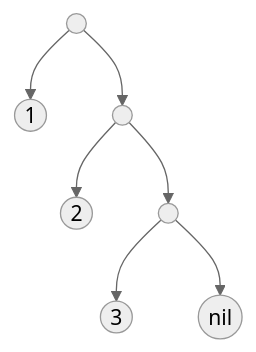
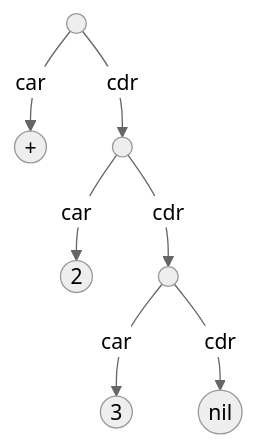
The diagram in src/ch02-01-sexpr.md (strtok/marwood-book), drawn with Mermaid (neutral theme) before and after one commit. The commit also changed other lines of this file, not shown here.

Commit message:
change some text

````diff
--- a/src/ch02-01-sexpr.md
+++ b/src/ch02-01-sexpr.md
@@ -18,9 +18,9 @@
 ```mermaid
 flowchart TD
-    A(( )) --> 1((1))
-    A --> B(( ))
-    B --> 2((2))
-    B --> C(( ))
-    C --> 3((3))
-    C --> nil((nil))
+    A(( )) -->|car| +((+))
+    A -->|cdr| B(( ))
+    B -->|car| 2((2))
+    B -->|cdr| C(( ))
+    C -->|car| 3((3))
+    C -->|cdr| nil((nil))
 ```
````
